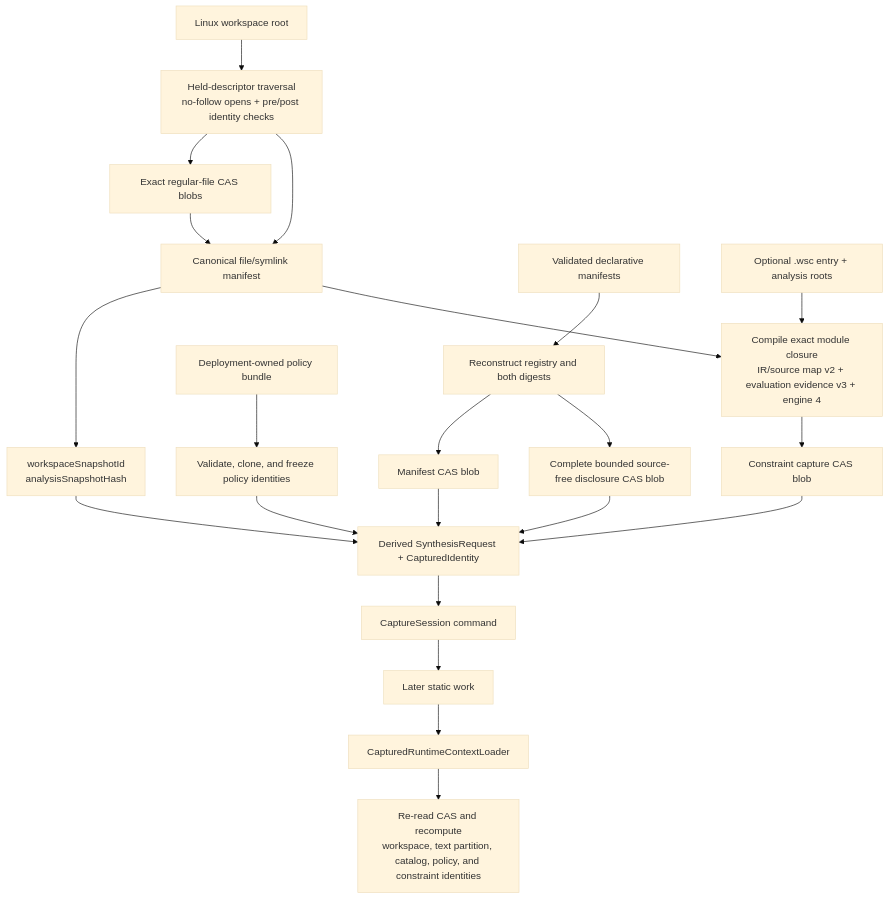
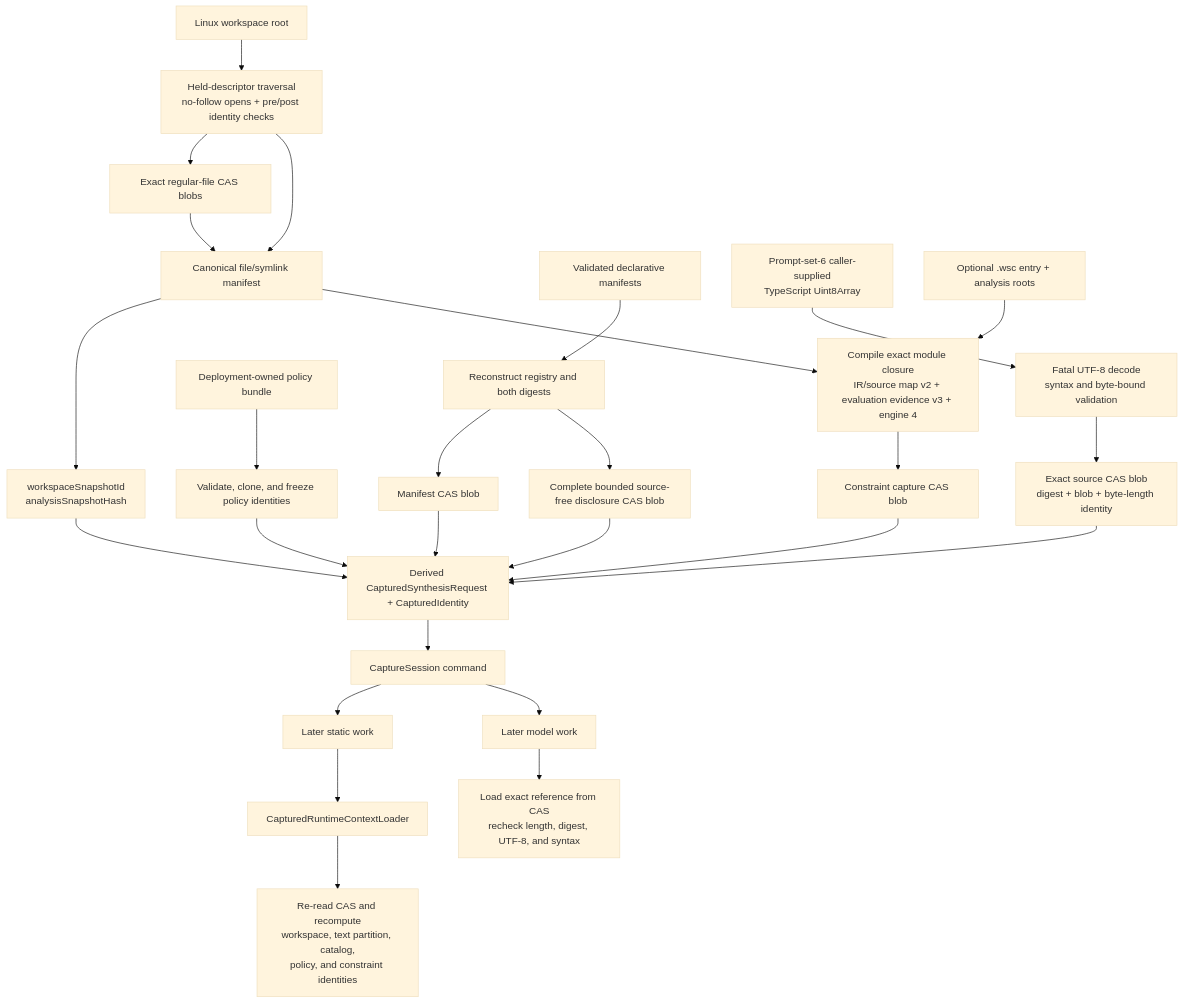
One commit to AndrewRLachance/synthesize-regions changed the fourth of 12 diagrams in docs/synthesis-workflow-technical-design.md. Above: the diagram before and after it, drawn with Mermaid (base theme). The commit also changed other lines of this file and 73 other files, not shown here.

````diff
--- a/docs/synthesis-workflow-technical-design.md
+++ b/docs/synthesis-workflow-technical-design.md
@@ -435,28 +476,33 @@
 ```mermaid
 flowchart TD
   workspace["Linux workspace root"] --> traversal["Held-descriptor traversal<br/>no-follow opens + pre/post identity checks"]
   traversal --> fileBlobs["Exact regular-file CAS blobs"]
   traversal --> manifest["Canonical file/symlink manifest"]
   fileBlobs --> manifest
   manifest --> workspaceIds["workspaceSnapshotId<br/>analysisSnapshotHash"]
 
   catalogInput["Validated declarative manifests"] --> catalogCapture["Reconstruct registry and both digests"]
   catalogCapture --> catalogBlob["Manifest CAS blob"]
   catalogCapture --> disclosureBlob["Complete bounded source-free disclosure CAS blob"]
 
   policyInput["Deployment-owned policy bundle"] --> policyCapture["Validate, clone, and freeze policy identities"]
+  referenceInput["Prompt-set-6 caller-supplied<br/>TypeScript Uint8Array"] --> referenceCapture["Fatal UTF-8 decode<br/>syntax and byte-bound validation"]
+  referenceCapture --> referenceBlob["Exact source CAS blob<br/>digest + blob + byte-length identity"]
   constraintEntry["Optional .wsc entry + analysis roots"] --> constraintCapture["Compile exact module closure<br/>IR/source map v2 + evaluation evidence v3 + engine 4"]
   manifest --> constraintCapture
   constraintCapture --> constraintBlob["Constraint capture CAS blob"]
 
-  workspaceIds --> sessionCapture["Derived SynthesisRequest + CapturedIdentity"]
+  workspaceIds --> sessionCapture["Derived CapturedSynthesisRequest + CapturedIdentity"]
   catalogBlob --> sessionCapture
   disclosureBlob --> sessionCapture
   policyCapture --> sessionCapture
+  referenceBlob --> sessionCapture
   constraintBlob --> sessionCapture
   sessionCapture --> captureCommand["CaptureSession command"]
 
-  captureCommand --> later["Later static work"]
-  later --> loader["CapturedRuntimeContextLoader"]
-  loader --> verify["Re-read CAS and recompute<br/>workspace, text partition, catalog, policy, and constraint identities"]
+  captureCommand --> staticWork["Later static work"]
+  staticWork --> loader["CapturedRuntimeContextLoader"]
+  loader --> verify["Re-read CAS and recompute<br/>workspace, text partition, catalog,<br/>policy, and constraint identities"]
+  captureCommand --> modelWork["Later model work"]
+  modelWork --> referenceLoad["Load exact reference from CAS<br/>recheck length, digest, UTF-8, and syntax"]
 ```
````
